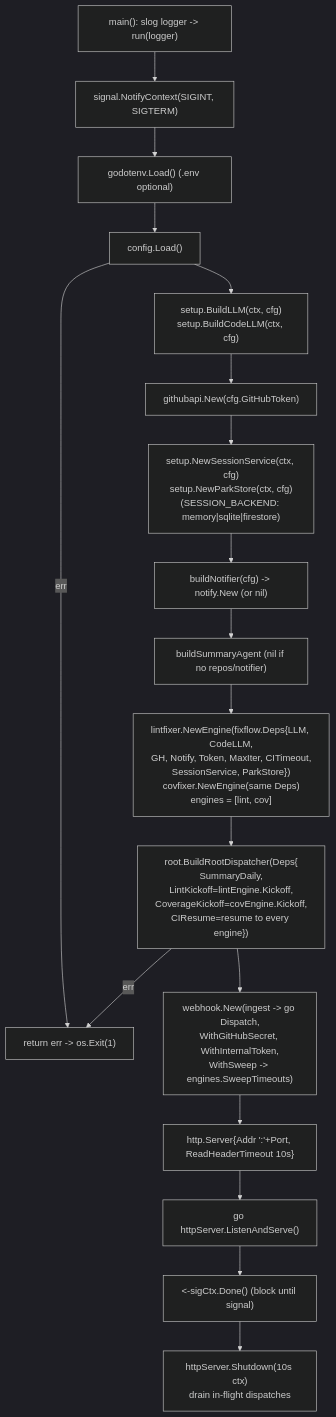
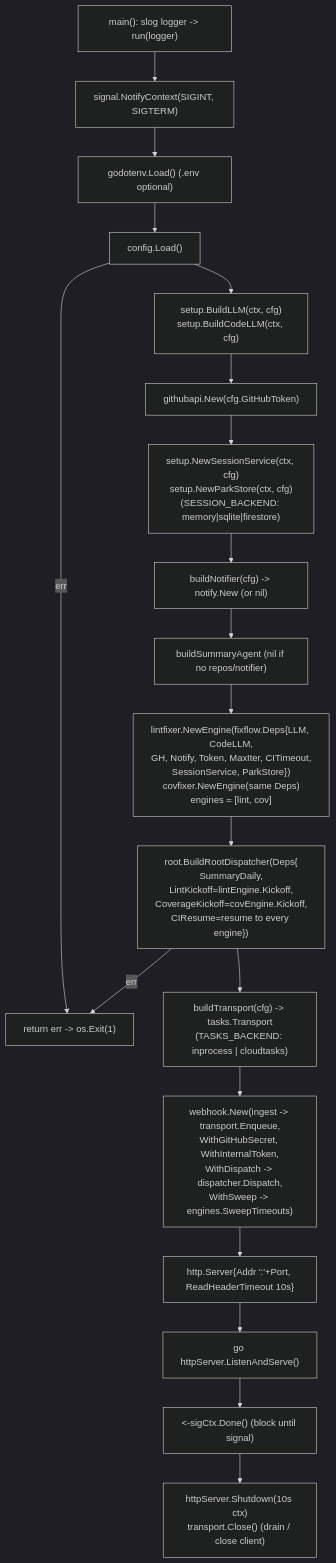
One commit to jkjamies/automation-agent changed the diagram in go/cmd/agent/AGENTS.md. Above: the diagram before and after it, drawn with Mermaid (dark theme). The commit also changed other lines of this file and 21 other files, not shown here.

First line of the commit message:
Add in-request execution transport (Cloud Tasks) replacing the post-202 goroutine (Go reference) (#19)

````diff
--- a/go/cmd/agent/AGENTS.md
+++ b/go/cmd/agent/AGENTS.md
@@ -7,22 +7,23 @@
 ```mermaid
 flowchart TD
     Main["main(): slog logger -> run(logger)"] --> Sig["signal.NotifyContext(SIGINT, SIGTERM)"]
     Sig --> Env["godotenv.Load() (.env optional)"]
     Env --> Cfg["config.Load()"]
     Cfg -->|err| Fatal["return err -> os.Exit(1)"]
     Cfg --> LLM["setup.BuildLLM(ctx, cfg)<br/>setup.BuildCodeLLM(ctx, cfg)"]
     LLM --> GH["githubapi.New(cfg.GitHubToken)"]
     GH --> Sess["setup.NewSessionService(ctx, cfg)<br/>setup.NewParkStore(ctx, cfg)<br/>(SESSION_BACKEND: memory|sqlite|firestore)"]
     Sess --> Notif["buildNotifier(cfg) -> notify.New (or nil)"]
     Notif --> SumA["buildSummaryAgent (nil if no repos/notifier)"]
     SumA --> Eng["lintfixer.NewEngine(fixflow.Deps{LLM, CodeLLM,<br/>GH, Notify, Token, MaxIter, CITimeout,<br/>SessionService, ParkStore})<br/>covfixer.NewEngine(same Deps)<br/>engines = [lint, cov]"]
     Eng --> Disp["root.BuildRootDispatcher(Deps{<br/>SummaryDaily,<br/>LintKickoff=lintEngine.Kickoff,<br/>CoverageKickoff=covEngine.Kickoff,<br/>CIResume=resume to every engine})"]
     Disp -->|err| Fatal
 
-    Disp --> Web["webhook.New(ingest -> go Dispatch,<br/>WithGitHubSecret, WithInternalToken,<br/>WithSweep -> engines.SweepTimeouts)"]
+    Disp --> Trans["buildTransport(cfg) -> tasks.Transport<br/>(TASKS_BACKEND: inprocess | cloudtasks)"]
+    Trans --> Web["webhook.New(ingest -> transport.Enqueue,<br/>WithGitHubSecret, WithInternalToken,<br/>WithDispatch -> dispatcher.Dispatch,<br/>WithSweep -> engines.SweepTimeouts)"]
     Web --> HTTP["http.Server{Addr ':'+Port, ReadHeaderTimeout 10s}"]
 
     HTTP --> Listen["go httpServer.ListenAndServe()"]
     Listen --> Block["<-sigCtx.Done() (block until signal)"]
-    Block --> Shutdown["httpServer.Shutdown(10s ctx)<br/>drain in-flight dispatches"]
+    Block --> Shutdown["httpServer.Shutdown(10s ctx)<br/>transport.Close() (drain / close client)"]
 ```
````
